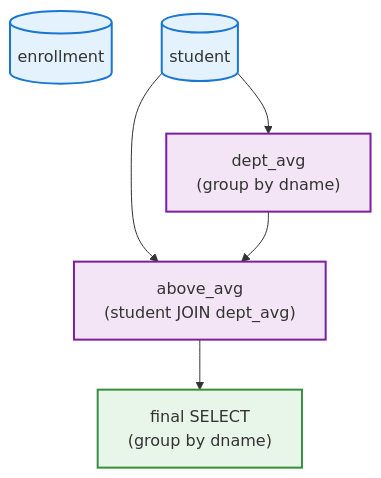
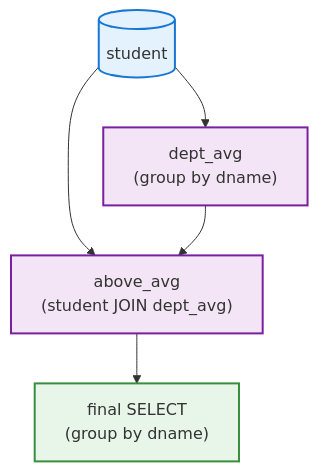
Before and after one commit to ufdatastudio/cop5725fa26: the third of 3 diagrams in lecture-outlines/day14-ctes/slides.md, drawn with Mermaid. The commit also changed other lines of this file and 33 other files, not shown here.

````diff
--- a/lecture-outlines/day14-ctes/slides.md
+++ b/lecture-outlines/day14-ctes/slides.md
@@ -234,18 +234,17 @@
 ```mermaid
 graph TB
-  E[("enrollment")]
   S[("student")]
   A["dept_avg<br/>(group by dname)"]
   B["above_avg<br/>(student JOIN dept_avg)"]
   F["final SELECT<br/>(group by dname)"]
   S --> A
   S --> B
   A --> B
   B --> F
   classDef table fill:#e3f2fd,stroke:#1976d2,stroke-width:2px
   classDef cte fill:#f3e5f5,stroke:#7b1fa2,stroke-width:2px
   classDef final fill:#e8f5e9,stroke:#388e3c,stroke-width:2px
-  class S,E table
+  class S table
   class A,B cte
   class F final
 ```
````
